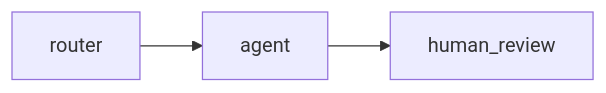
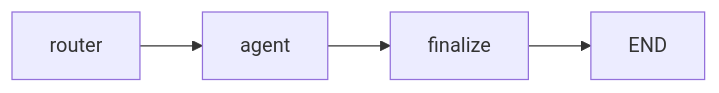
One commit to MaplumeX/Weaver changed the third of 4 diagrams in docs/superpowers/specs/2026-04-06-agent-chat-first-runtime-design.md. Above: the diagram before and after it, drawn with Mermaid. The commit also changed other lines of this file and 20 other files, not shown here.

Commit message:
refactor(runtime): remove human review node

````diff
--- a/docs/superpowers/specs/2026-04-06-agent-chat-first-runtime-design.md
+++ b/docs/superpowers/specs/2026-04-06-agent-chat-first-runtime-design.md
@@ -389,5 +390,6 @@
 ```mermaid
 flowchart LR
     router --> agent
-    agent --> human_review
+    agent --> finalize
+    finalize --> END
 ```
````
